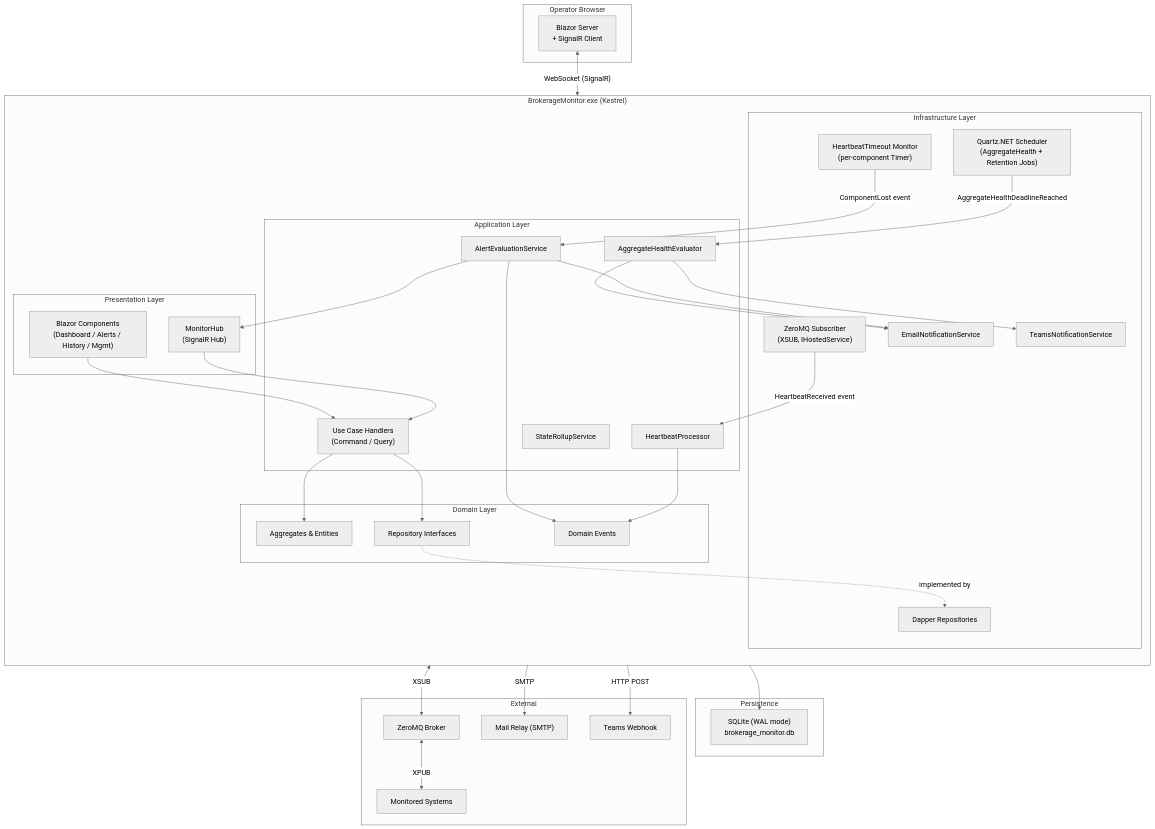
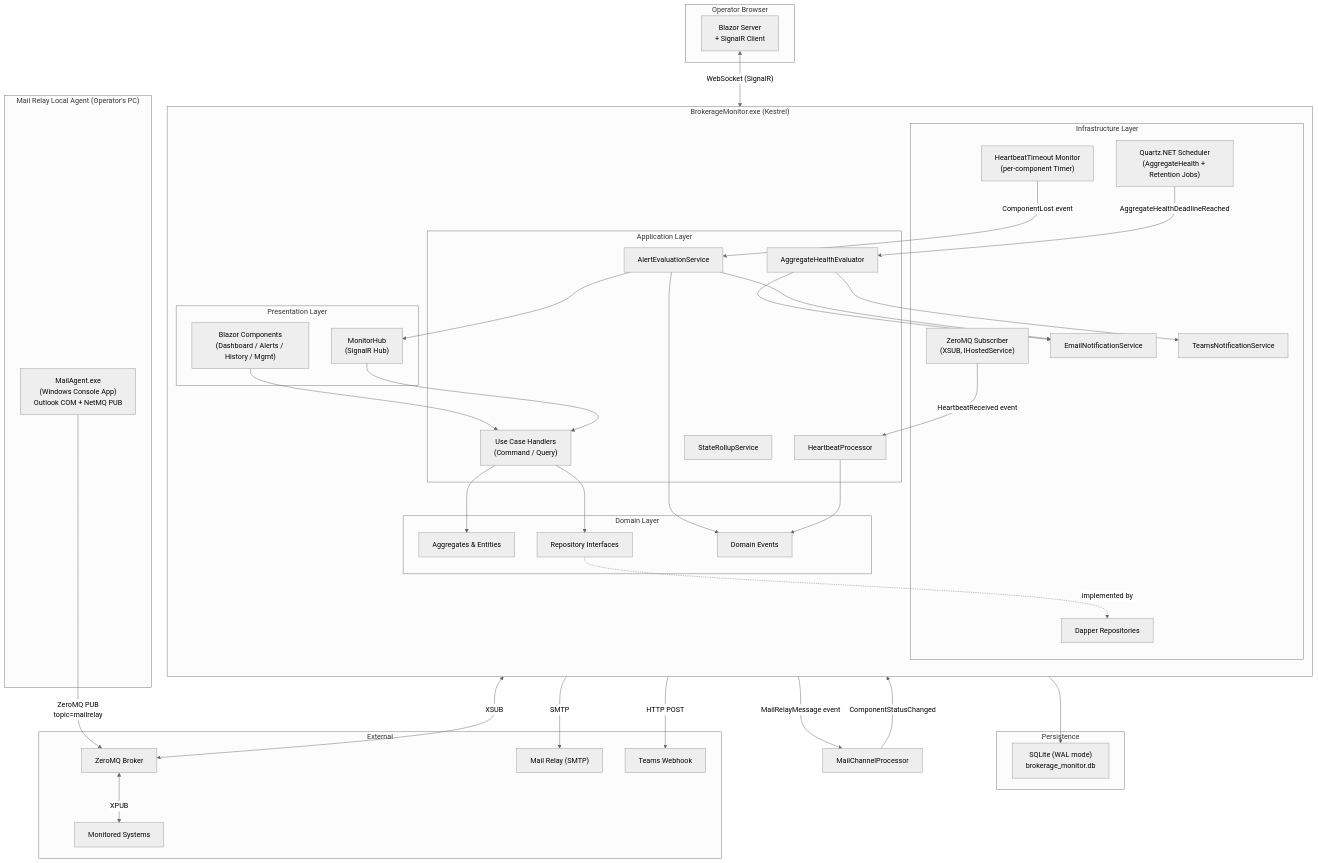
Before and after one commit to wutse/SysMA: the fourth of 10 diagrams in docs/architecture/BrokerageMonitoringPlatform.design.md, drawn with Mermaid (neutral theme). The commit also changed other lines of this file, not shown here.

Commit message:
feat(arch): v1.4 — 新增郵件渠道接入架構設計 (MailAgent, MailChannelProcessor, FR-048~051)

````diff
--- a/docs/architecture/BrokerageMonitoringPlatform.design.md
+++ b/docs/architecture/BrokerageMonitoringPlatform.design.md
@@ -506,71 +534,78 @@
 ```mermaid
 %%  C4 Container Diagram — Brokerage Monitor Station
 graph TB
   subgraph BROWSER["Operator Browser"]
     BR["Blazor Server<br/>+ SignalR Client"]
   end
 
   subgraph APP["BrokerageMonitor.exe (Kestrel)"]
     direction TB
 
     subgraph PRESENT["Presentation Layer"]
       HUB["MonitorHub<br/>(SignalR Hub)"]
       BLAZ["Blazor Components<br/>(Dashboard / Alerts / History / Mgmt)"]
     end
 
     subgraph APPSVR["Application Layer"]
       UC["Use Case Handlers<br/>(Command / Query)"]
       AES["AlertEvaluationService"]
       HBP["HeartbeatProcessor"]
       SR["StateRollupService"]
       AHE["AggregateHealthEvaluator"]
     end
 
     subgraph INFRA["Infrastructure Layer"]
       ZSS["ZeroMQ Subscriber<br/>(XSUB, IHostedService)"]
       HTM["HeartbeatTimeout Monitor<br/>(per-component Timer)"]
       QTZ["Quartz.NET Scheduler<br/>(AggregateHealth + Retention Jobs)"]
       REPO["Dapper Repositories"]
       ENS["EmailNotificationService"]
       TNS["TeamsNotificationService"]
     end
 
     subgraph DOMAIN["Domain Layer"]
       AGG["Aggregates & Entities"]
       EVT["Domain Events"]
       IFC["Repository Interfaces"]
     end
   end
 
   subgraph STORAGE["Persistence"]
     DB["SQLite (WAL mode)<br/>brokerage_monitor.db"]
   end
 
   subgraph EXTERNAL["External"]
     ZB["ZeroMQ Broker"]
     MON["Monitored Systems"]
     MR["Mail Relay (SMTP)"]
     MST["Teams Webhook"]
   end
 
   BR <-->|"WebSocket (SignalR)"| HUB
   BLAZ --> UC
   HUB --> UC
   UC --> AGG
   UC --> IFC
   AES --> EVT
   HBP --> EVT
   ZSS -->|"HeartbeatReceived event"| HBP
   HTM -->|"ComponentLost event"| AES
   QTZ -->|"AggregateHealthDeadlineReached"| AHE
   REPO --> DB
   IFC -.->|"implemented by"| REPO
   ENS -->|"SMTP"| MR
   TNS -->|"HTTP POST"| MST
   ZSS <-->|"XSUB"| ZB
   ZB <-->|"XPUB"| MON
   AHE --> ENS
   AHE --> TNS
   AES --> ENS
   AES --> HUB
+
+  subgraph LOCAL_AGENT["Mail Relay Local Agent (Operator's PC)"]
+    MAGENT["MailAgent.exe<br/>(Windows Console App)<br/>Outlook COM + NetMQ PUB"]
+  end
+  MAGENT -->|"ZeroMQ PUB<br/>topic=mailrelay"| ZB
+  ZSS -->|"MailRelayMessage event"| MCP_SVC
+  MCP_SVC["MailChannelProcessor"] -->|"ComponentStatusChanged"| EVT
 ```
````
